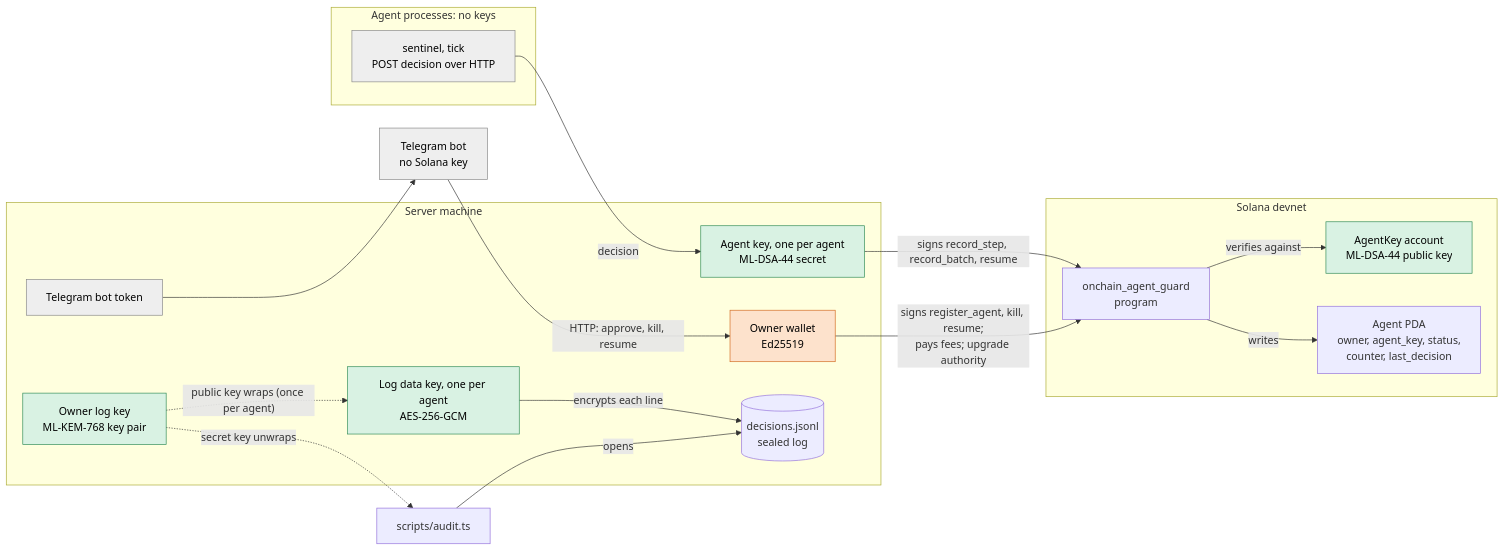
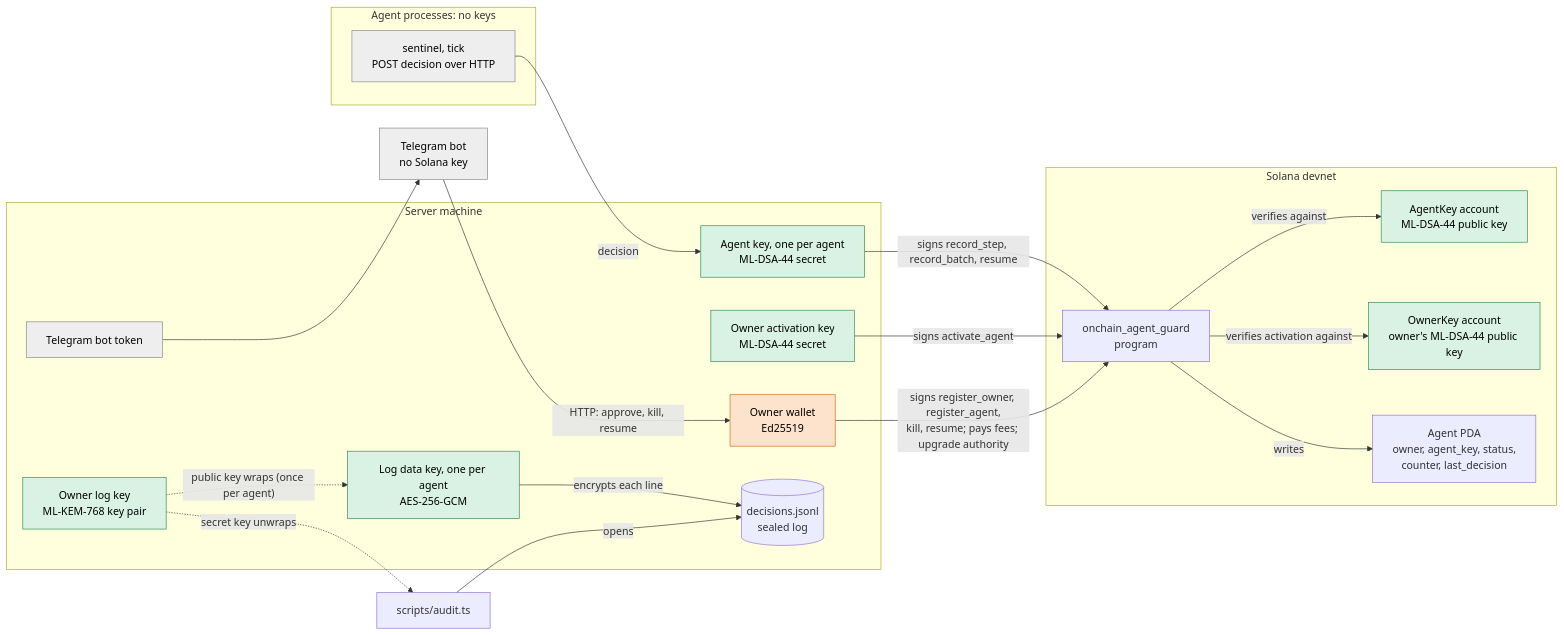
One commit to jakubGodula/Oberek changed the diagram in spec/keys.md. Above: the diagram before and after it, drawn with Mermaid. The commit also changed other lines of this file and 1 other file, not shown here.

Commit message:
spec: klucze - klucz ML-DSA-44 wlasciciela aktywuje agenta, luka register_agent (tylko Ed25519) zamknieta; readme nazywa zamknieta luke

````diff
--- a/spec/keys.md
+++ b/spec/keys.md
@@ -19,43 +20,47 @@
 ```mermaid
 flowchart LR
     subgraph Agents["Agent processes: no keys"]
         AP["sentinel, tick<br/>POST decision over HTTP"]
     end
 
     subgraph Server["Server machine"]
         MLDSA["Agent key, one per agent<br/>ML-DSA-44 secret"]
+        OWNERPQ["Owner activation key<br/>ML-DSA-44 secret"]
         WALLET["Owner wallet<br/>Ed25519"]
         DATAKEY["Log data key, one per agent<br/>AES-256-GCM"]
         KEM["Owner log key<br/>ML-KEM-768 key pair"]
         LOG[("decisions.jsonl<br/>sealed log")]
         TOKEN["Telegram bot token"]
     end
 
     subgraph Chain["Solana devnet"]
         PROG["onchain_agent_guard<br/>program"]
         AK["AgentKey account<br/>ML-DSA-44 public key"]
+        OK["OwnerKey account<br/>owner's ML-DSA-44 public key"]
         AG["Agent PDA<br/>owner, agent_key, status,<br/>counter, last_decision"]
     end
 
     BOT["Telegram bot<br/>no Solana key"]
     AUDIT["scripts/audit.ts"]
 
     AP -->|decision| MLDSA
     MLDSA -->|"signs record_step, record_batch, resume"| PROG
-    WALLET -->|"signs register_agent, kill, resume;<br/>pays fees; upgrade authority"| PROG
+    OWNERPQ -->|"signs activate_agent"| PROG
+    WALLET -->|"signs register_owner, register_agent,<br/>kill, resume; pays fees; upgrade authority"| PROG
     PROG -->|verifies against| AK
+    PROG -->|verifies activation against| OK
     PROG -->|writes| AG
     KEM -.->|"public key wraps (once per agent)"| DATAKEY
     DATAKEY -->|encrypts each line| LOG
     KEM -.->|"secret key unwraps"| AUDIT
     AUDIT -->|opens| LOG
     TOKEN --> BOT
     BOT -->|"HTTP: approve, kill, resume"| WALLET
 
     classDef pq fill:#d9f2e3,stroke:#2e8b57,color:#000
     classDef classic fill:#fde2cc,stroke:#d2691e,color:#000
     classDef other fill:#eeeeee,stroke:#888888,color:#000
-    class MLDSA,KEM,DATAKEY,AK pq
+    class MLDSA,OWNERPQ,KEM,DATAKEY,AK,OK pq
     class WALLET classic
     class TOKEN,BOT,AP other
 ```
````
